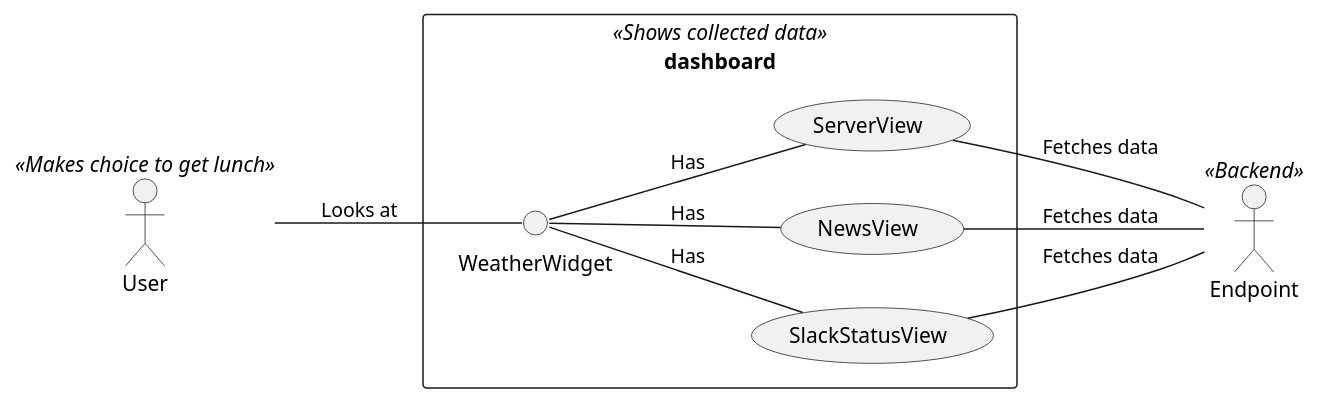
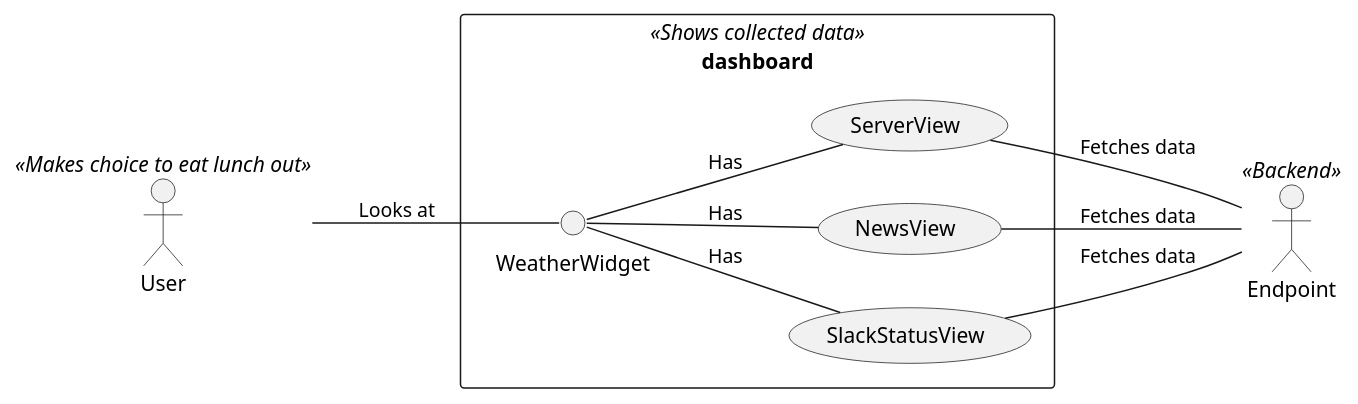
The third of 4 diagrams in uml/test.wsd (kanjizoiie/dashboard), drawn with PlantUML before and after one commit. The commit also changed other lines of this file and 45 other files, not shown here.

```diff
--- a/uml/test.wsd
+++ b/uml/test.wsd
@@ -21,20 +42,20 @@
 @startuml usecase_weather
 'Settings
 left to right direction
 skinparam packageStyle rectangle
 
 
 'Create the rectangle and Endpoint.
-actor User <<Makes choice to get lunch>>
+actor User <<Makes choice to eat lunch out>>
 actor Endpoint <<Backend>>
 
 rectangle dashboard <<Shows collected data>>{
     () WeatherWidget -- (ServerView) : Has
     () WeatherWidget -- (NewsView) : Has
     () WeatherWidget -- (SlackStatusView) : Has
     User -- () WeatherWidget : Looks at
     (ServerView) -- Endpoint : Fetches data
     (NewsView) -- Endpoint : Fetches data
     (SlackStatusView) -- Endpoint : Fetches data
 }
 @enduml
```
